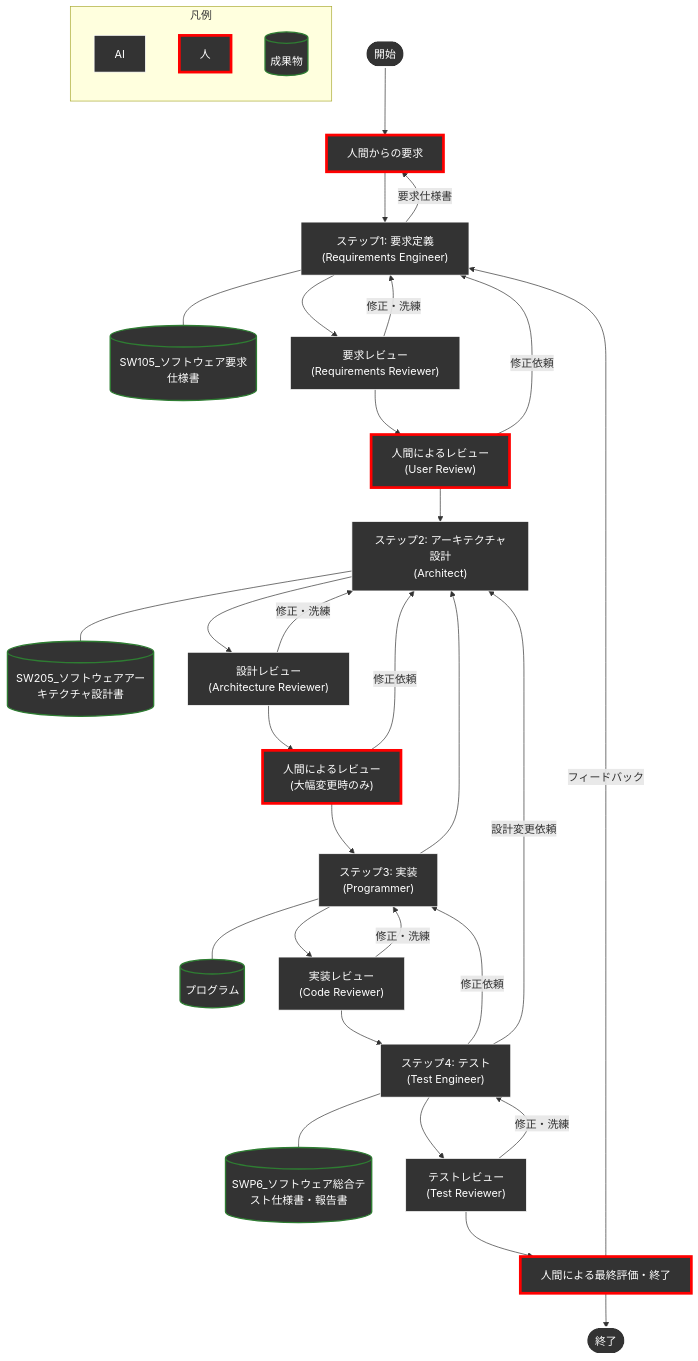
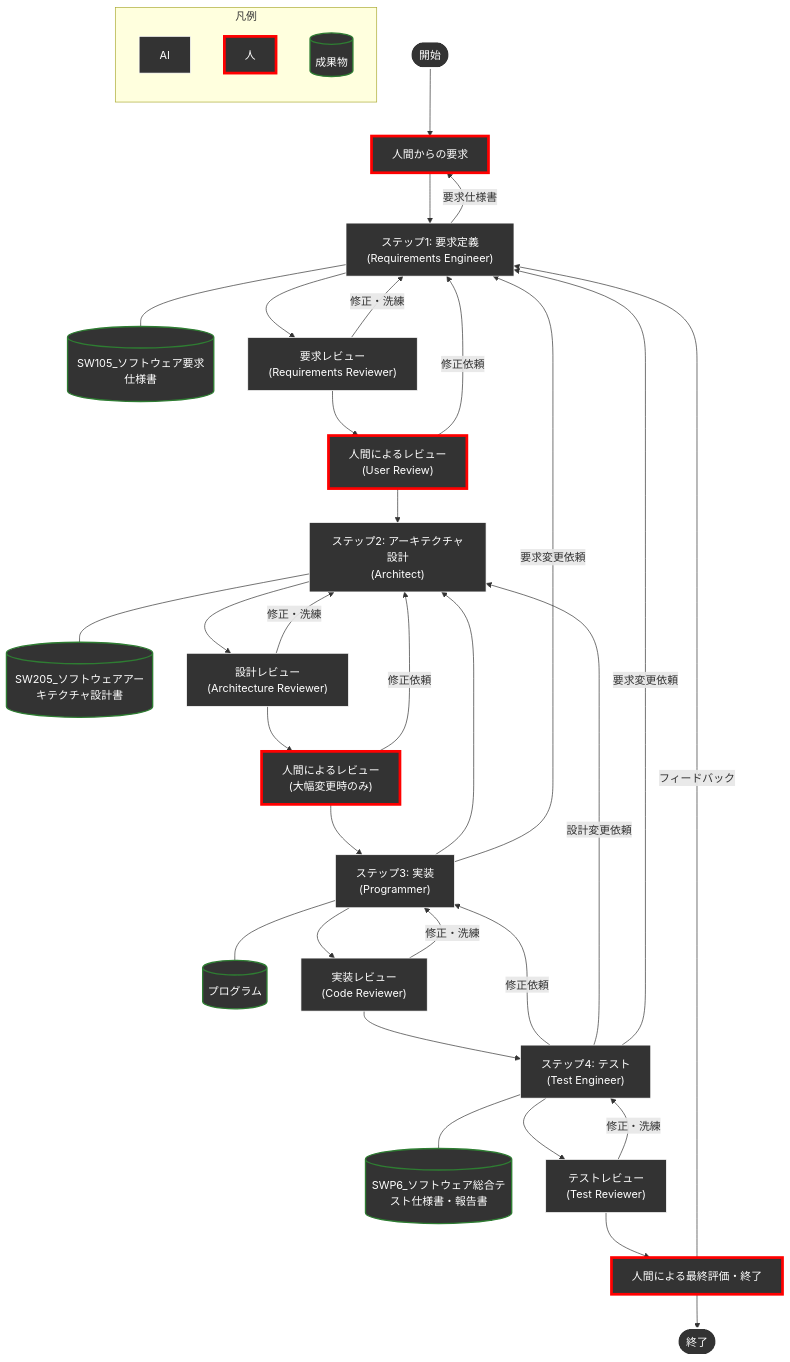
One commit to yamaPiT/AntigravityTemplate changed the diagram in README.md. Above: the diagram before and after it, drawn with Mermaid. The commit also changed other lines of this file and 6 other files, not shown here.

````diff
--- a/README.md
+++ b/README.md
@@ -23,55 +23,57 @@
 ```mermaid
 graph TD
     Start(["開始"]) --> UserReq["人間からの要求"]
     UserReq["人間からの要求"] --> Req["ステップ1: 要求定義<br>(Requirements Engineer)"]
     Req --- ReqDoc[("SW105_ソフトウェア要求仕様書")]
     Req -->|要求仕様書| UserReq
     Req --> ReqRev["要求レビュー<br>(Requirements Reviewer)"]
     ReqRev -- 修正・洗練 --> Req
     ReqRev --> ReqHum["人間によるレビュー<br>(User Review)"]
     ReqHum -- 修正依頼 --> Req
     ReqHum --> Arch["ステップ2: アーキテクチャ設計<br>(Architect)"]
     
     Arch --- ArchDoc[("SW205_ソフトウェアアーキテクチャ設計書")]
     Arch --> ArchRev["設計レビュー<br>(Architecture Reviewer)"]
     ArchRev -- 修正・洗練 --> Arch
     ArchRev --> ArchHum["人間によるレビュー<br>(大幅変更時のみ)"]
     ArchHum -- 修正依頼 --> Arch
     ArchHum --> Impl["ステップ3: 実装<br>(Programmer)"]
     
     Impl --- ProgDoc[("プログラム")]
     Impl --> ImplRev["実装レビュー<br>(Code Reviewer)"]
     ImplRev -- 修正・洗練 --> Impl
     Impl --> Arch
+    Impl -- 要求変更依頼 --> Req
     ImplRev --> Test["ステップ4: テスト<br>(Test Engineer)"]
     
     Test --- TestDoc[("SWP6_ソフトウェア総合テスト仕様書・報告書")]
     Test --> TestRev["テストレビュー<br>(Test Reviewer)"]
     TestRev -- 修正・洗練 --> Test
     Test -- 修正依頼 --> Impl
     Test -- 設計変更依頼 --> Arch
+    Test -- 要求変更依頼 --> Req
     
     TestRev --> Approve["人間による最終評価・終了"]
     Approve -->|フィードバック| Req
     Approve --> End(["終了"])
 
     %% スタイル定義 (背景色を尊重し、枠線で役割を完結)
     classDef human fill:#333333,stroke:#ff0000,stroke-width:4px,color:#ffffff;
     classDef agent fill:#333333,stroke:#FFFFFF,stroke-width:1px,color:#ffffff;
     classDef doc fill:#333333,stroke:#2e7d32,stroke-width:2px,color:#ffffff;
     classDef startEnd fill:#333333,stroke:#ffffff,stroke-width:2px,color:#ffffff;
     
     class UserReq,ReqHum,ArchHum,Approve human;
     class Req,ReqRev,Arch,ArchRev,Impl,ImplRev,Test,TestRev agent;
     class ReqDoc,ArchDoc,ProgDoc,TestDoc doc;
     class Start,End startEnd;
 
     %% 凡例 (小型化)
     subgraph Legend ["凡例"]
         direction TB
         L1["AI"]:::agent
         L2["人"]:::human
         L3[("成果物")]:::doc
     end
 
 ```
````
